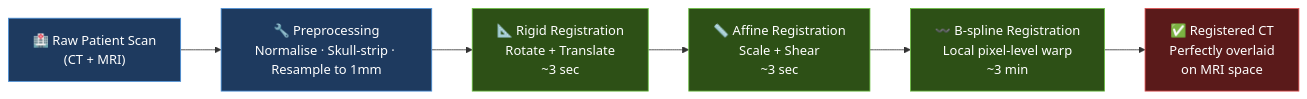
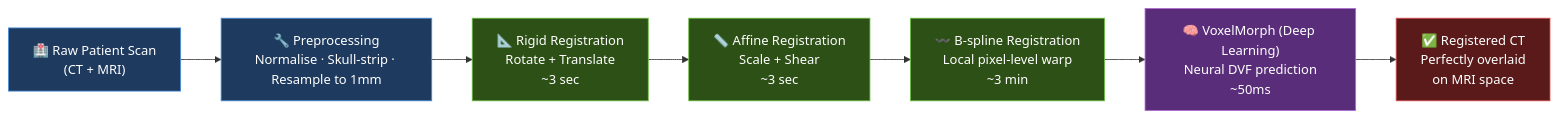
The first of 3 diagrams in README.md (SHREESHANTH99/DeepMedAlign), drawn with Mermaid before and after one commit. The commit also changed other lines of this file, not shown here.

Commit message:
docs: rewrite README with v2 architecture, Kaggle guide, loss table, and current results

````diff
--- a/README.md
+++ b/README.md
@@ -13,15 +13,17 @@
 ```mermaid
 flowchart LR
     A["🏥 Raw Patient Scan\n(CT + MRI)"] --> B["🔧 Preprocessing\nNormalise · Skull-strip · Resample to 1mm"]
     B --> C["📐 Rigid Registration\nRotate + Translate\n~3 sec"]
     C --> D["📏 Affine Registration\nScale + Shear\n~3 sec"]
     D --> E["〰️ B-spline Registration\nLocal pixel-level warp\n~3 min"]
-    E --> F["✅ Registered CT\nPerfectly overlaid\non MRI space"]
+    E --> F["🧠 VoxelMorph (Deep Learning)\nNeural DVF prediction\n~50ms"]
+    F --> G["✅ Registered CT\nPerfectly overlaid\non MRI space"]
 
     style A fill:#1e3a5f,color:#fff,stroke:#4a90d9
     style B fill:#1e3a5f,color:#fff,stroke:#4a90d9
     style C fill:#2d5016,color:#fff,stroke:#6abf40
     style D fill:#2d5016,color:#fff,stroke:#6abf40
     style E fill:#2d5016,color:#fff,stroke:#6abf40
-    style F fill:#5a1a1a,color:#fff,stroke:#e05252
+    style F fill:#5a2d7a,color:#fff,stroke:#b06ad4
+    style G fill:#5a1a1a,color:#fff,stroke:#e05252
 ```
````
